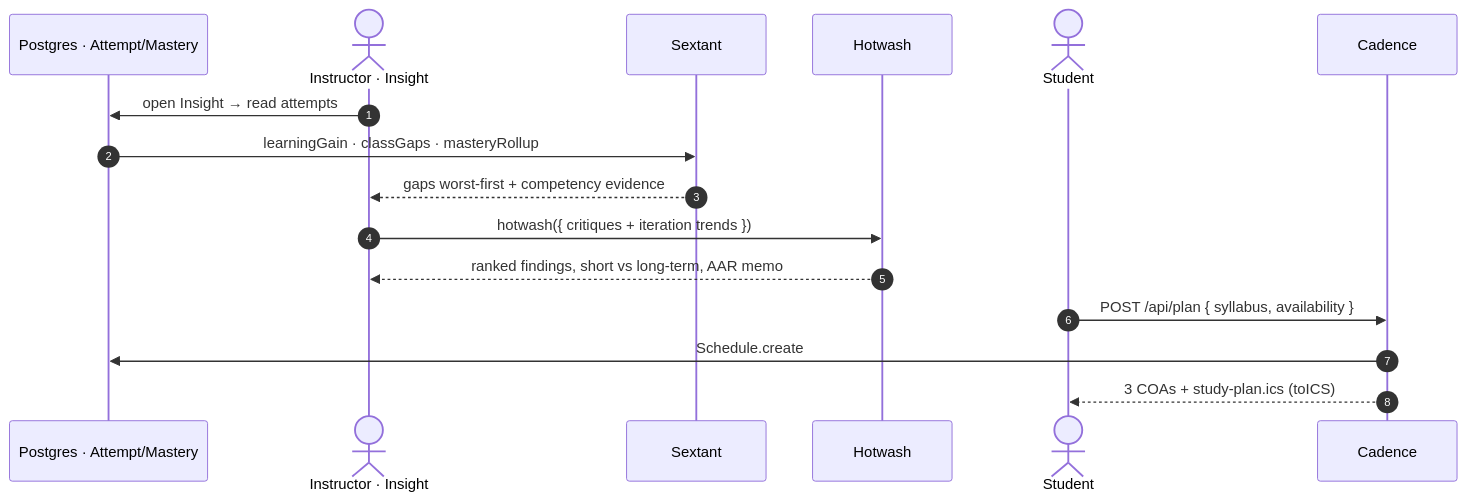
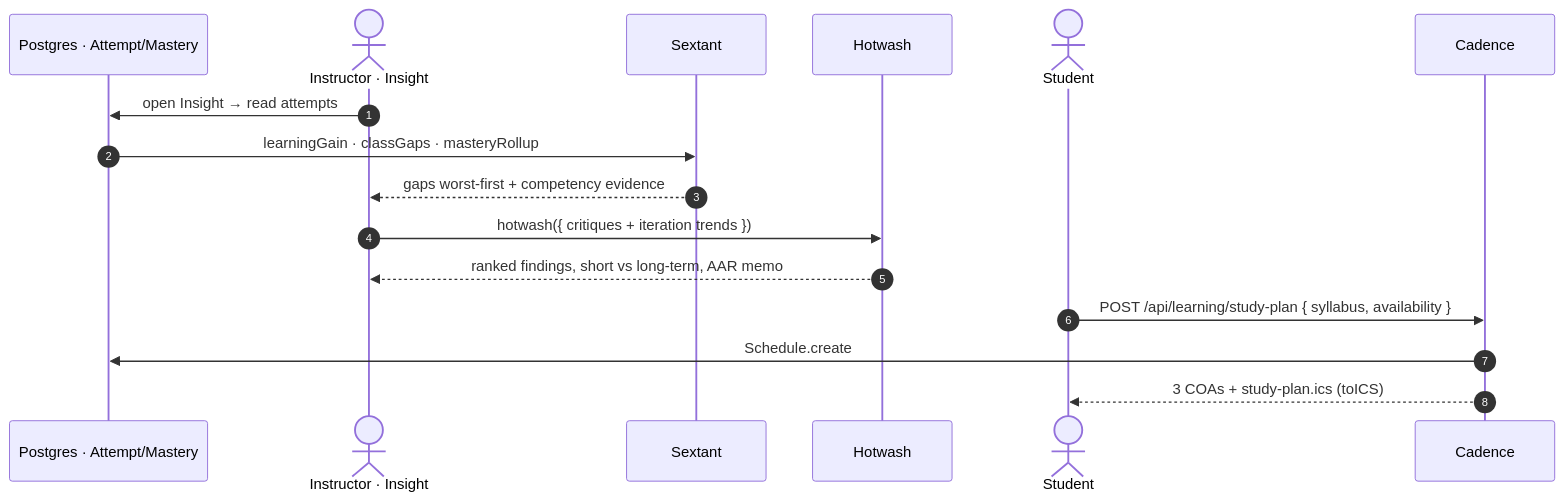
The fifth of 5 diagrams in docs/gameday/RANGE-CARD.md (groundworklms/SchoolCircleLMS), drawn with Mermaid before and after one commit. The commit also changed other lines of this file and 11 other files, not shown here.

````diff
--- a/docs/gameday/RANGE-CARD.md
+++ b/docs/gameday/RANGE-CARD.md
@@ -152,18 +211,18 @@
 ```mermaid
 sequenceDiagram
   autonumber
   participant DB as Postgres · Attempt/Mastery
   actor INS as Instructor · Insight
   participant SX as Sextant
   participant HW as Hotwash
   actor STU as Student
   participant CAD as Cadence
   INS->>DB: open Insight → read attempts
   DB->>SX: learningGain · classGaps · masteryRollup
   SX-->>INS: gaps worst-first + competency evidence
   INS->>HW: hotwash({ critiques + iteration trends })
   HW-->>INS: ranked findings, short vs long-term, AAR memo
-  STU->>CAD: POST /api/plan { syllabus, availability }
+  STU->>CAD: POST /api/learning/study-plan { syllabus, availability }
   CAD->>DB: Schedule.create
   CAD-->>STU: 3 COAs + study-plan.ics (toICS)
 ```
````
